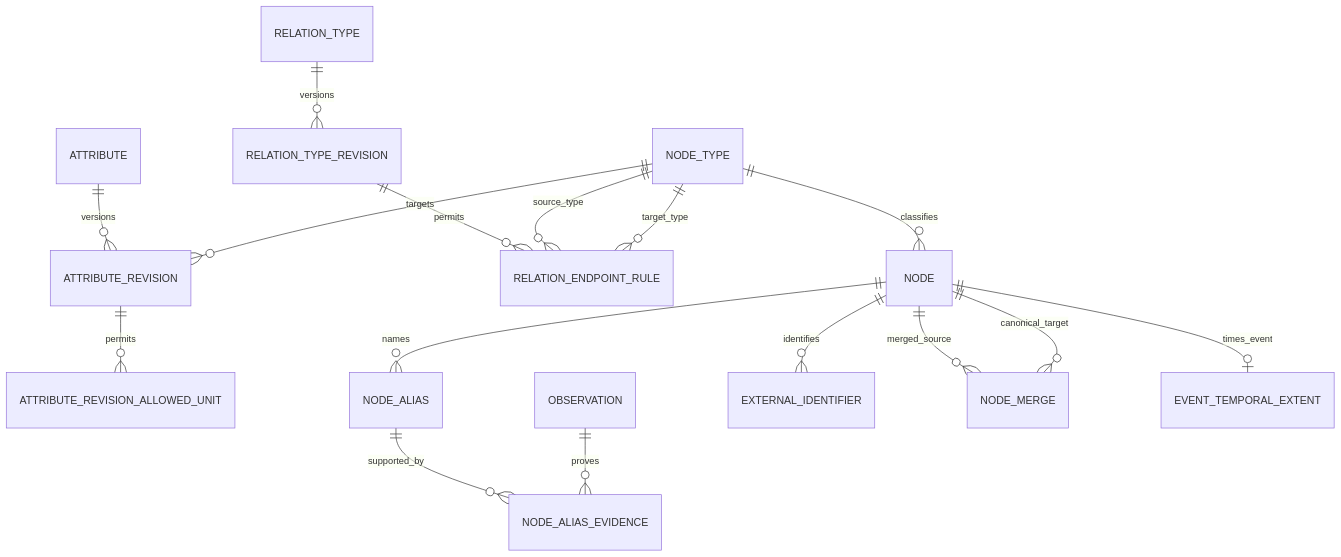
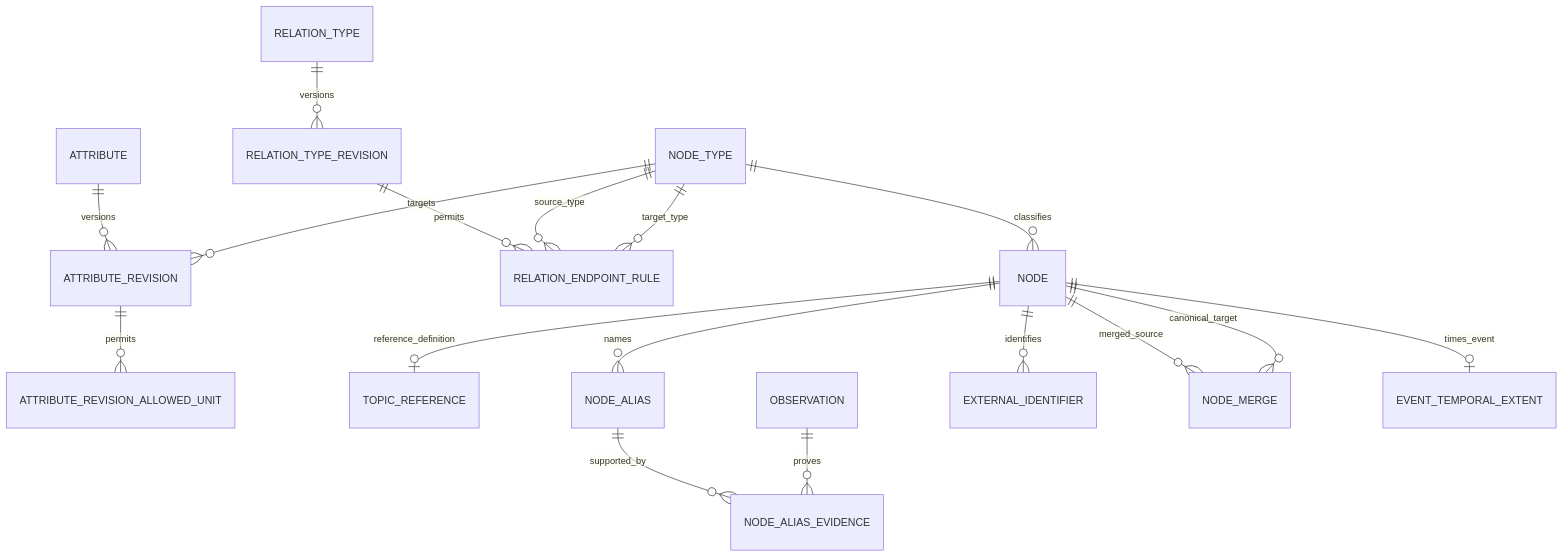
The third of 5 diagrams in docs/data/logical-schema.md (studylida/ontology-map), drawn with Mermaid before and after one commit. The commit also changed other lines of this file and 4 other files, not shown here.

Commit message:
docs: document Topic reference lifecycle contract

````diff
--- a/docs/data/logical-schema.md
+++ b/docs/data/logical-schema.md
@@ -72,18 +72,19 @@
 ```mermaid
 erDiagram
     RELATION_TYPE ||--o{ RELATION_TYPE_REVISION : versions
     ATTRIBUTE ||--o{ ATTRIBUTE_REVISION : versions
     ATTRIBUTE_REVISION ||--o{ ATTRIBUTE_REVISION_ALLOWED_UNIT : permits
     RELATION_TYPE_REVISION ||--o{ RELATION_ENDPOINT_RULE : permits
     NODE_TYPE ||--o{ RELATION_ENDPOINT_RULE : source_type
     NODE_TYPE ||--o{ RELATION_ENDPOINT_RULE : target_type
     NODE_TYPE ||--o{ ATTRIBUTE_REVISION : targets
     NODE_TYPE ||--o{ NODE : classifies
+    NODE ||--o| TOPIC_REFERENCE : reference_definition
     NODE ||--o{ NODE_ALIAS : names
     NODE_ALIAS ||--o{ NODE_ALIAS_EVIDENCE : supported_by
     OBSERVATION ||--o{ NODE_ALIAS_EVIDENCE : proves
     NODE ||--o{ EXTERNAL_IDENTIFIER : identifies
     NODE ||--o{ NODE_MERGE : merged_source
     NODE ||--o{ NODE_MERGE : canonical_target
     NODE ||--o| EVENT_TEMPORAL_EXTENT : times_event
 ```
````
